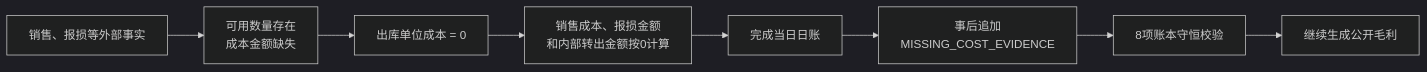
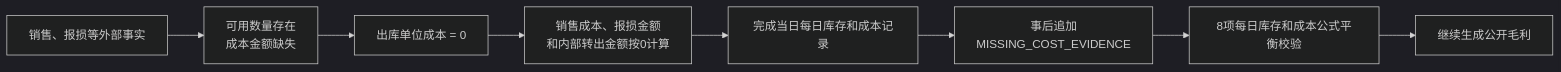
The first of 2 diagrams in fmetl/docs/reviews/V0.14_CATEGORY_SPU_UNIT_PRICE_CHAIN_REVIEW.md (kate636/cuihua-data), drawn with Mermaid (dark theme) before and after one commit. The commit also changed other lines of this file and 42 other files, not shown here.

````diff
--- a/fmetl/docs/reviews/V0.14_CATEGORY_SPU_UNIT_PRICE_CHAIN_REVIEW.md
+++ b/fmetl/docs/reviews/V0.14_CATEGORY_SPU_UNIT_PRICE_CHAIN_REVIEW.md
@@ -41,10 +41,10 @@
 ```mermaid
 flowchart LR
     A["销售、报损等外部事实"] --> B["可用数量存在<br/>成本金额缺失"]
     B --> C["出库单位成本 = 0"]
     C --> D["销售成本、报损金额<br/>和内部转出金额按0计算"]
-    D --> E["完成当日日账"]
+    D --> E["完成当日每日库存和成本记录"]
     E --> F["事后追加<br/>MISSING_COST_EVIDENCE"]
-    F --> G["8项账本守恒校验"]
+    F --> G["8项每日库存和成本公式平衡校验"]
     G --> H["继续生成公开毛利"]
 ```
````
